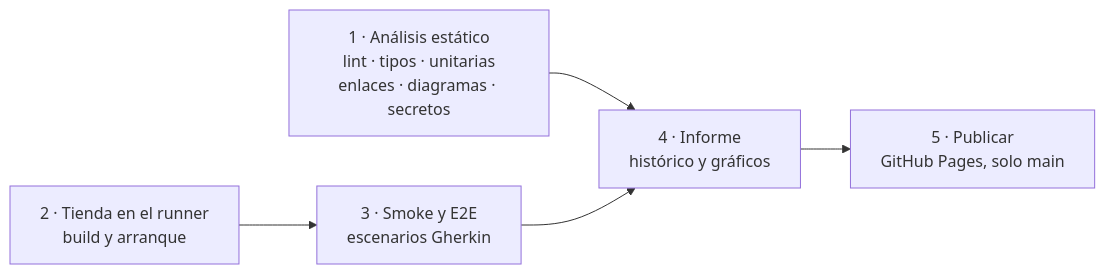
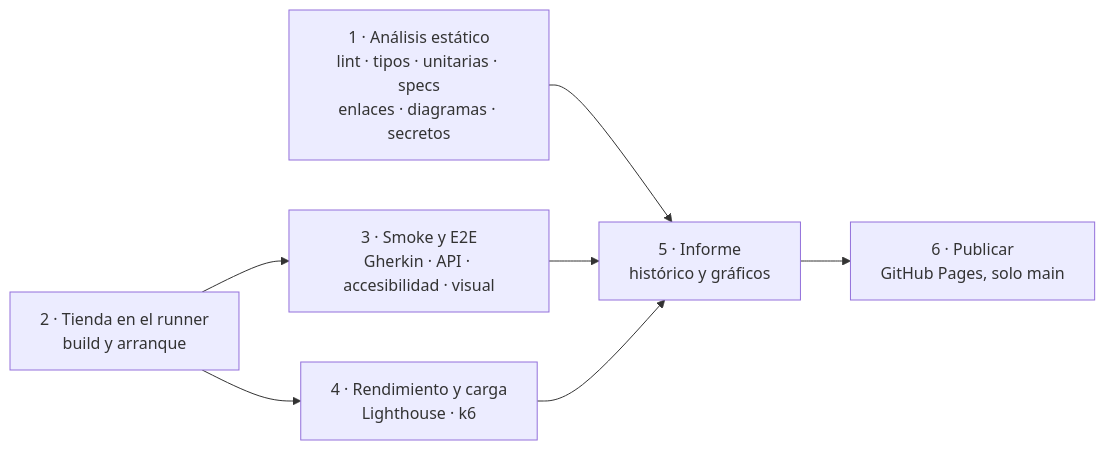
The second of 3 diagrams in README.md (tonyfht/qa-agentic-lab), drawn with Mermaid before and after one commit. The commit also changed other lines of this file and 47 other files, not shown here.

First line of the commit message:
feat(qal-006): accesibilidad, regresión visual, rendimiento y carga con presupuestos y auditor de experiencia

````diff
--- a/README.md
+++ b/README.md
@@ -80,7 +84,9 @@
 ```mermaid
 flowchart LR
-  A["1 · Análisis estático<br/>lint · tipos · unitarias<br/>enlaces · diagramas · secretos"] --> D
-  B["2 · Tienda en el runner<br/>build y arranque"] --> E["3 · Smoke y E2E<br/>escenarios Gherkin"]
-  E --> D["4 · Informe<br/>histórico y gráficos"]
-  D --> F["5 · Publicar<br/>GitHub Pages, solo main"]
+  A["1 · Análisis estático<br/>lint · tipos · unitarias · specs<br/>enlaces · diagramas · secretos"] --> D
+  B["2 · Tienda en el runner<br/>build y arranque"] --> E["3 · Smoke y E2E<br/>Gherkin · API · accesibilidad · visual"]
+  B --> P["4 · Rendimiento y carga<br/>Lighthouse · k6"]
+  E --> D["5 · Informe<br/>histórico y gráficos"]
+  P --> D
+  D --> F["6 · Publicar<br/>GitHub Pages, solo main"]
 ```
````
